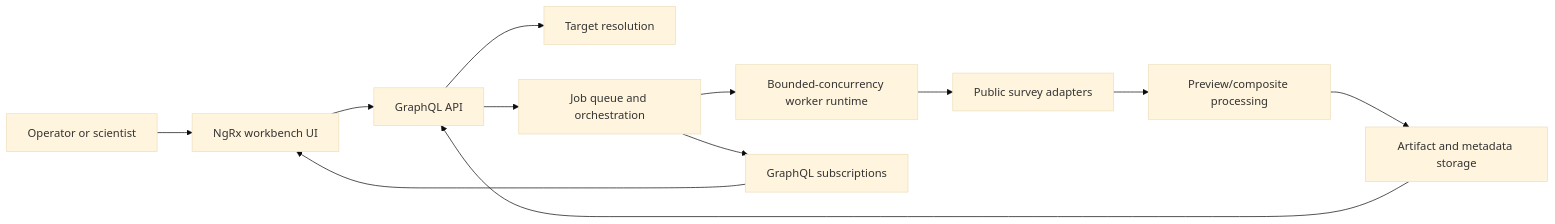
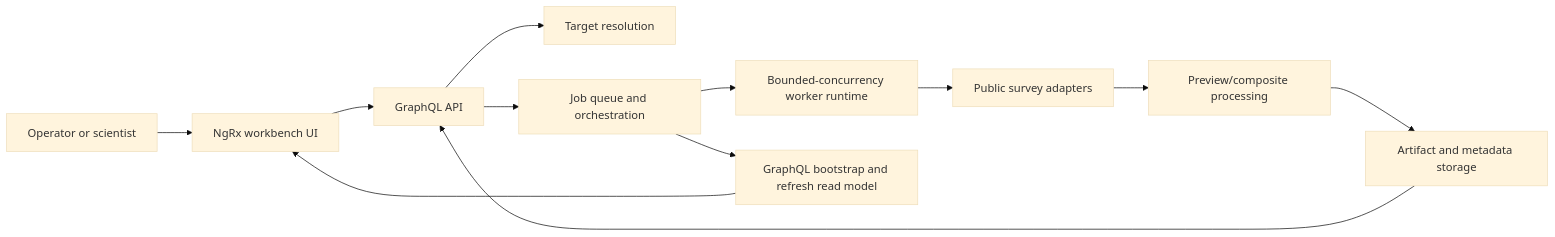
The second of 4 diagrams in documentation/cosmic-forge/ARCHITECTURE.md (JeffreySanford/phase-2-cosmic), drawn with Mermaid (base theme) before and after one commit. The commit also changed other lines of this file and 23 other files, not shown here.

````diff
--- a/documentation/cosmic-forge/ARCHITECTURE.md
+++ b/documentation/cosmic-forge/ARCHITECTURE.md
@@ -72,14 +72,14 @@
 ```mermaid
 flowchart LR
   User[Operator or scientist] --> UI[NgRx workbench UI]
   UI --> GQL[GraphQL API]
   GQL --> Resolve[Target resolution]
   GQL --> Queue[Job queue and orchestration]
   Queue --> Worker[Bounded-concurrency worker runtime]
   Worker --> Adapters[Public survey adapters]
   Adapters --> Proc[Preview/composite processing]
   Proc --> Store[Artifact and metadata storage]
   Store --> GQL
-  Queue --> Subs[GraphQL subscriptions]
-  Subs --> UI
+  Queue --> ReadModel[GraphQL bootstrap and refresh read model]
+  ReadModel --> UI
 ```
````
